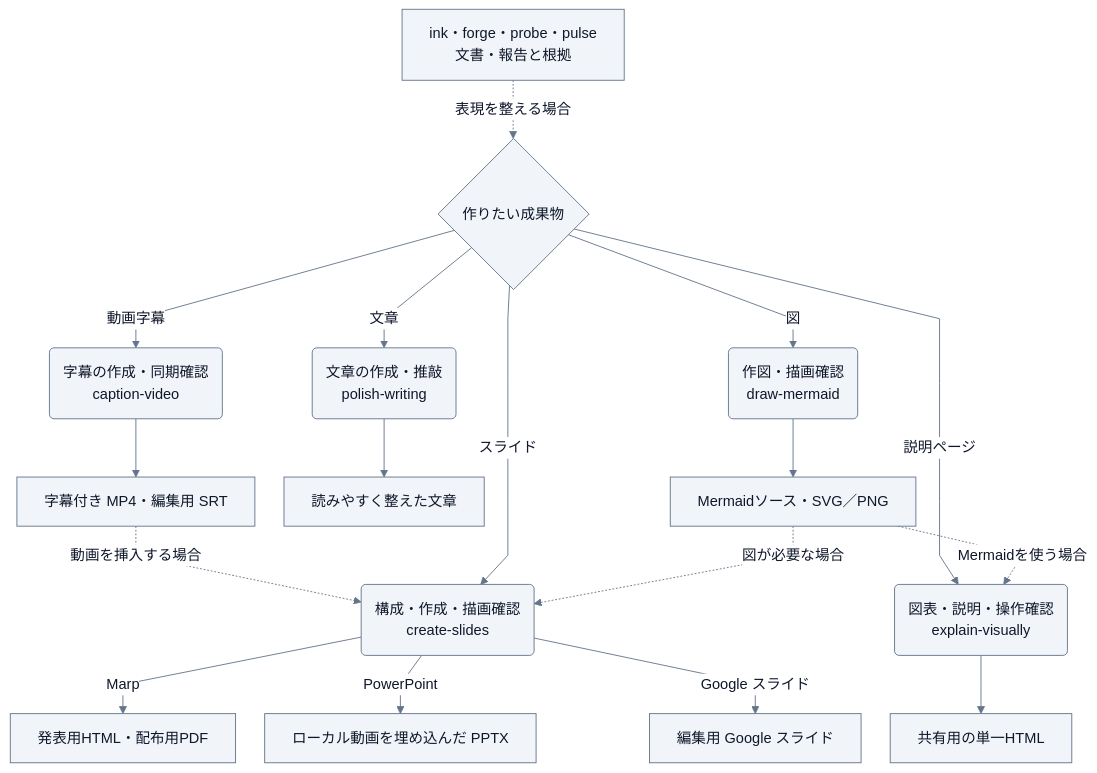
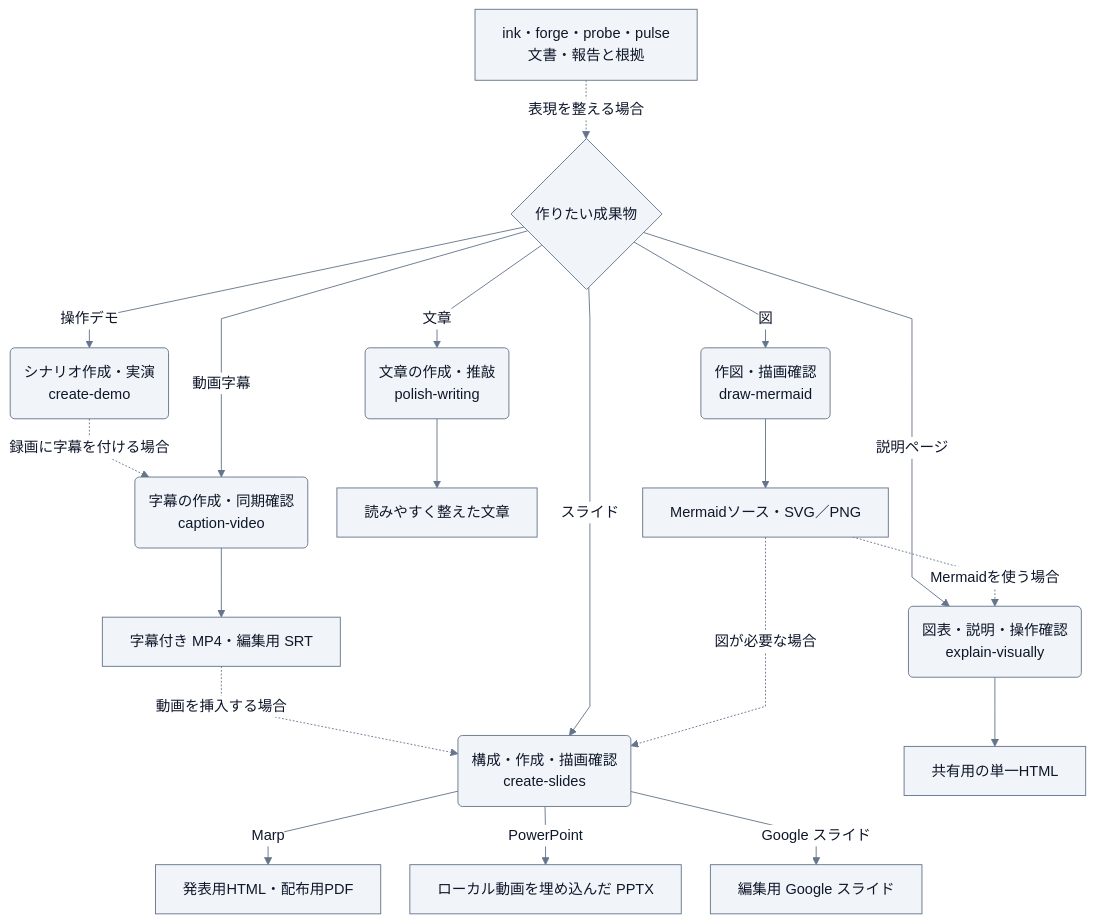
The diagram in plugins/sketch/README.md (Wataru-Toriumi/agent-skills), drawn with Mermaid before and after one commit. The commit also changed other lines of this file and 5 other files, not shown here.

````diff
--- a/plugins/sketch/README.md
+++ b/plugins/sketch/README.md
@@ -20,40 +21,42 @@
 ```mermaid
 ---
 config:
   theme: base
   look: classic
   fontFamily: sans-serif
   themeVariables:
     primaryColor: "#F1F5F9"
     primaryTextColor: "#0F172A"
     primaryBorderColor: "#64748B"
     lineColor: "#64748B"
     tertiaryColor: "#F8FAFC"
     clusterBkg: "#F8FAFC"
     clusterBorder: "#CBD5E1"
     edgeLabelBackground: "#FFFFFF"
   flowchart:
     wrappingWidth: 300
     curve: linear
     nodeSpacing: 32
     rankSpacing: 40
 ---
 flowchart TD
     source["ink・forge・probe・pulse<br/>文書・報告と根拠"] -. 表現を整える場合 .-> purpose
     purpose{"作りたい成果物"}
     purpose -->|文章| writing("文章の作成・推敲<br/>polish-writing")
     purpose -->|図| diagram("作図・描画確認<br/>draw-mermaid")
+    purpose -->|操作デモ| demo("シナリオ作成・実演<br/>create-demo")
+    demo -. 録画に字幕を付ける場合 .-> captions
     purpose -->|動画字幕| captions("字幕の作成・同期確認<br/>caption-video")
     captions --> media["字幕付き MP4・編集用 SRT"]
     media -. 動画を挿入する場合 .-> slides
     purpose -->|スライド| slides("構成・作成・描画確認<br/>create-slides")
     purpose -->|説明ページ| explain("図表・説明・操作確認<br/>explain-visually")
     writing --> prose["読みやすく整えた文章"]
     diagram --> rendered["Mermaidソース・SVG／PNG"]
     rendered -. 図が必要な場合 .-> slides
     rendered -. Mermaidを使う場合 .-> explain
     slides -->|Marp| output["発表用HTML・配布用PDF"]
     slides -->|PowerPoint| pptx["ローカル動画を埋め込んだ PPTX"]
     slides -->|Google スライド| deck["編集用 Google スライド"]
     explain --> page["共有用の単一HTML"]
 ```
````
